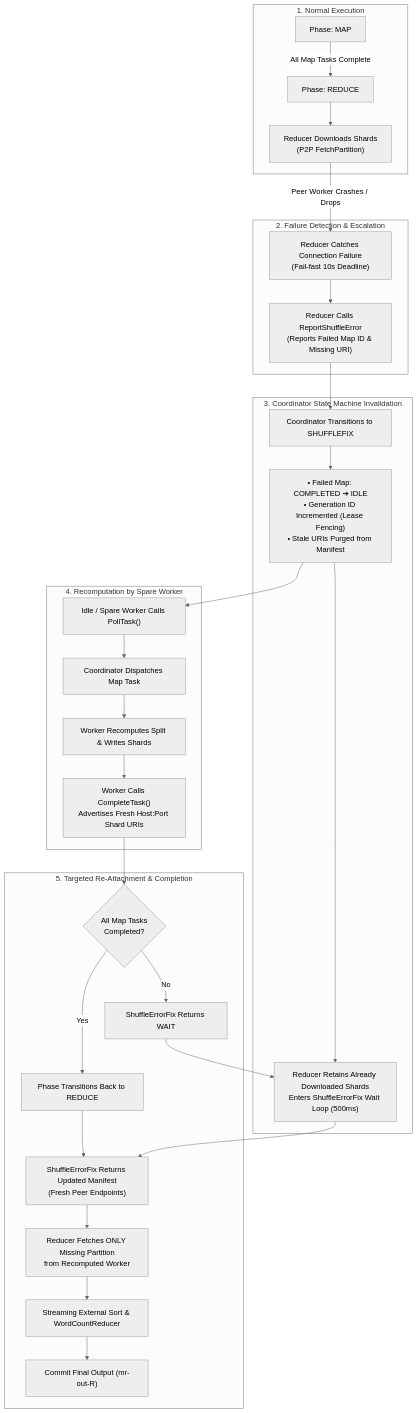
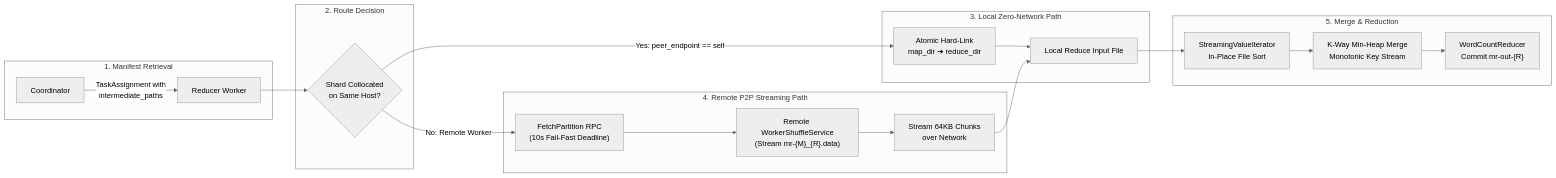
One commit to Ging1Freecss/map_reduce_ changed the third of 5 diagrams in README.md. Above: the diagram before and after it, drawn with Mermaid (neutral theme). The commit also changed other lines of this file, not shown here.

````diff
--- a/README.md
+++ b/README.md
@@ -107,37 +111,28 @@
 ```mermaid
-flowchart TD
-    subgraph Phase1 ["1. Normal Execution"]
-        MPhase["Phase: MAP"] -->|All Map Tasks Complete| RPhase["Phase: REDUCE"]
-        RPhase --> ReducerDownload["Reducer Downloads Shards<br/>(P2P FetchPartition)"]
+flowchart LR
+    subgraph Manifest ["1. Manifest Retrieval"]
+        Coord["Coordinator"] -->|TaskAssignment with<br/>intermediate_paths| Reducer["Reducer Worker"]
     end
 
-    subgraph Phase2 ["2. Failure Detection & Escalation"]
-        ReducerDownload -->|Peer Worker Crashes / Drops| ErrorDetect["Reducer Catches Connection Failure<br/>(Fail-fast 10s Deadline)"]
-        ErrorDetect --> Escalation["Reducer Calls ReportShuffleError<br/>(Reports Failed Map ID & Missing URI)"]
+    subgraph Routing ["2. Route Decision"]
+        Reducer --> Check{"Shard Collocated<br/>on Same Host?"}
     end
 
-    subgraph Phase3 ["3. Coordinator State Machine Invalidation"]
-        Escalation --> MasterState["Coordinator Transitions to SHUFFLEFIX"]
-        MasterState --> Invalidate["• Failed Map: COMPLETED ➔ IDLE<br/>• Generation ID Incremented (Lease Fencing)<br/>• Stale URIs Purged from Manifest"]
-        Invalidate --> ReducerHold["Reducer Retains Already Downloaded Shards<br/>Enters ShuffleErrorFix Wait Loop (500ms)"]
+    subgraph Collocated ["3. Local Zero-Network Path"]
+        Check -->|Yes: peer_endpoint == self| HardLink["Atomic Hard-Link<br/>map_dir ➔ reduce_dir"]
+        HardLink --> LocalInput["Local Reduce Input File"]
     end
 
-    subgraph Phase4 ["4. Recomputation by Spare Worker"]
-        Invalidate --> SparePoll["Idle / Spare Worker Calls PollTask()"]
-        SparePoll --> AssignMap["Coordinator Dispatches Map Task"]
-        AssignMap --> Recompute["Worker Recomputes Split & Writes Shards"]
-        Recompute --> CompleteRecompute["Worker Calls CompleteTask()<br/>Advertises Fresh Host:Port Shard URIs"]
+    subgraph RemoteP2P ["4. Remote P2P Streaming Path"]
+        Check -->|No: Remote Worker| P2P["FetchPartition RPC<br/>(10s Fail-Fast Deadline)"]
+        P2P --> PeerService["Remote WorkerShuffleService<br/>(Stream mr-{M}_{R}.data)"]
+        PeerService --> StreamBack["Stream 64KB Chunks<br/>over Network"]
+        StreamBack --> LocalInput
     end
 
-    subgraph Phase5 ["5. Targeted Re-Attachment & Completion"]
-        CompleteRecompute --> MapDone{"All Map Tasks<br/>Completed?"}
-        MapDone -->|No| ReducerWait["ShuffleErrorFix Returns WAIT"]
-        ReducerWait --> ReducerHold
-        MapDone -->|Yes| PhaseRestore["Phase Transitions Back to REDUCE"]
-        PhaseRestore --> ReducerAttach["ShuffleErrorFix Returns Updated Manifest<br/>(Fresh Peer Endpoints)"]
-        ReducerHold --> ReducerAttach
-        ReducerAttach --> FetchNew["Reducer Fetches ONLY Missing Partition<br/>from Recomputed Worker"]
-        FetchNew --> ReducerWork["Streaming External Sort & WordCountReducer"]
-        ReducerWork --> CommitReduce["Commit Final Output (mr-out-R)"]
+    subgraph Execution ["5. Merge & Reduction"]
+        LocalInput --> InPlaceSort["StreamingValueIterator<br/>In-Place File Sort"]
+        InPlaceSort --> HeapMerge["K-Way Min-Heap Merge<br/>Monotonic Key Stream"]
+        HeapMerge --> ReducerExec["WordCountReducer<br/>Commit mr-out-{R}"]
     end
 ```
````
